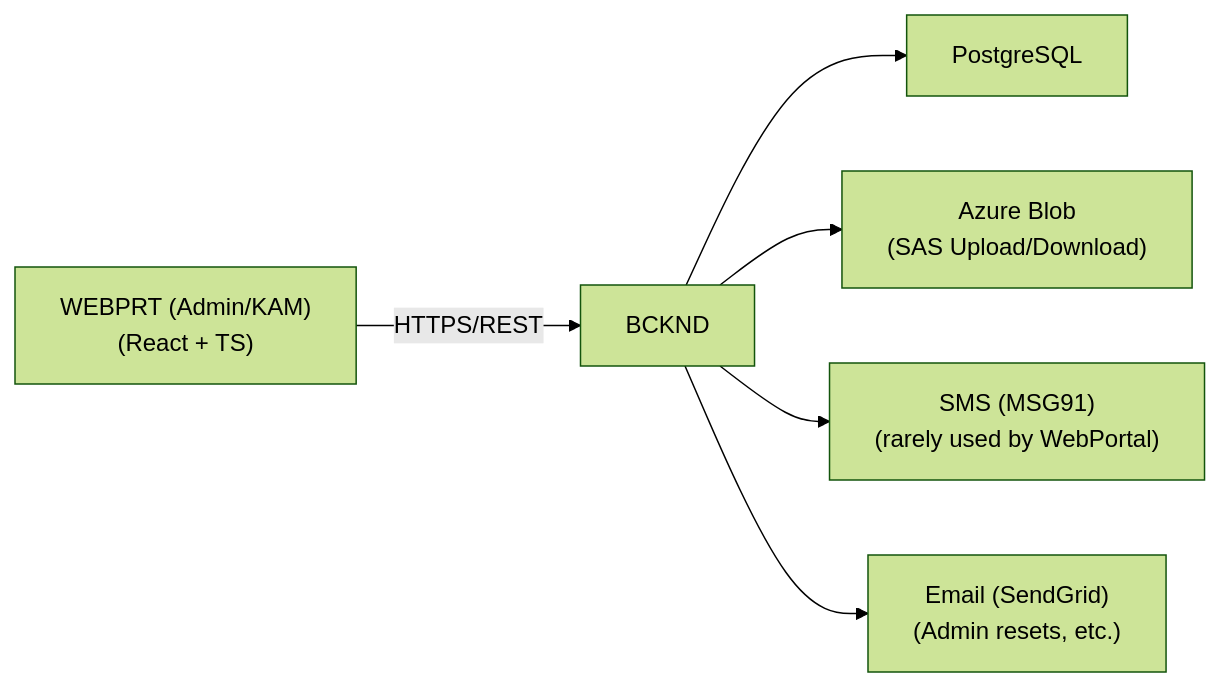
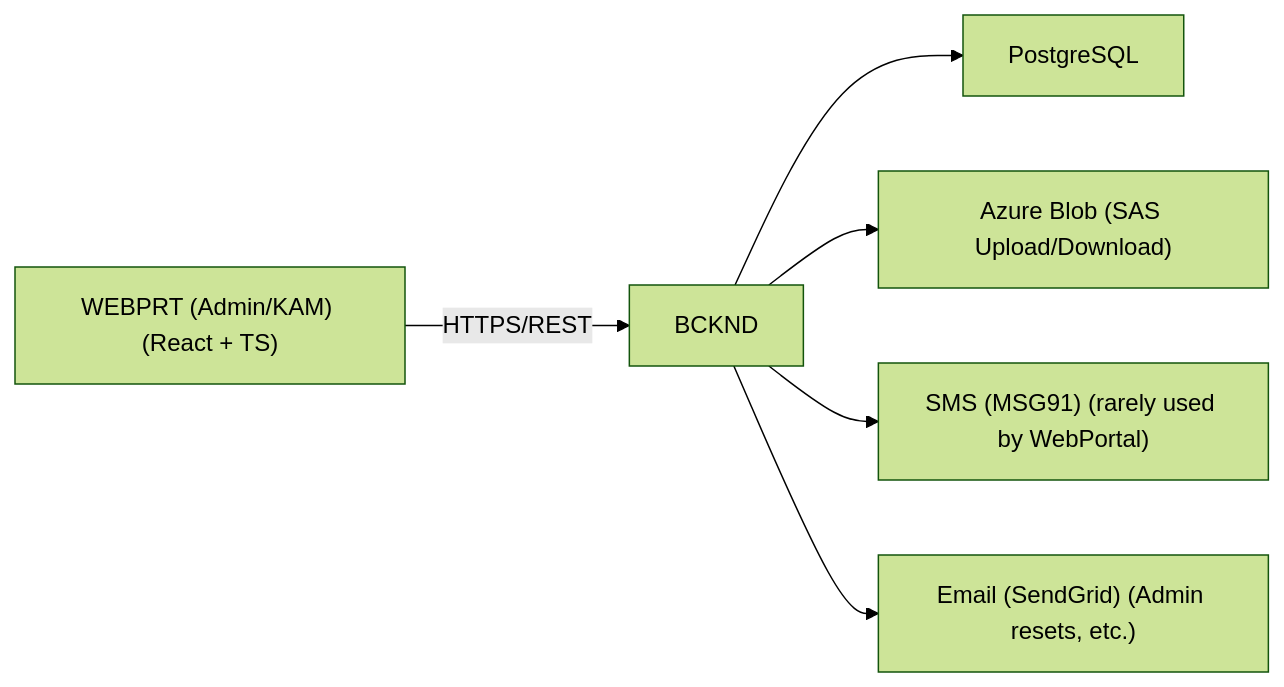
The first of 5 diagrams in L3-LLD-WEBPRT.md (PraveenGPTrueReach/solarium-docs), drawn with Mermaid (forest theme) before and after one commit. The commit also changed 5 other files, not shown here.

````diff
--- a/L3-LLD-WEBPRT.md
+++ b/L3-LLD-WEBPRT.md
@@ -31,8 +31,8 @@
 ```mermaid
 flowchart LR
-    WP["WEBPRT (Admin/KAM)\n(React + TS)"] -- "HTTPS/REST" --> BK["BCKND"]
+    WP["WEBPRT (Admin/KAM) (React + TS)"] -- "HTTPS/REST" --> BK["BCKND"]
     BK --> DB["PostgreSQL"]
-    BK --> Blob["Azure Blob\n(SAS Upload/Download)"]
-    BK --> MSG["SMS (MSG91)\n(rarely used by WebPortal)"]
-    BK --> Email["Email (SendGrid)\n(Admin resets, etc.)"]
+    BK --> Blob["Azure Blob (SAS Upload/Download)"]
+    BK --> MSG["SMS (MSG91) (rarely used by WebPortal)"]
+    BK --> Email["Email (SendGrid) (Admin resets, etc.)"]
 ```
````
